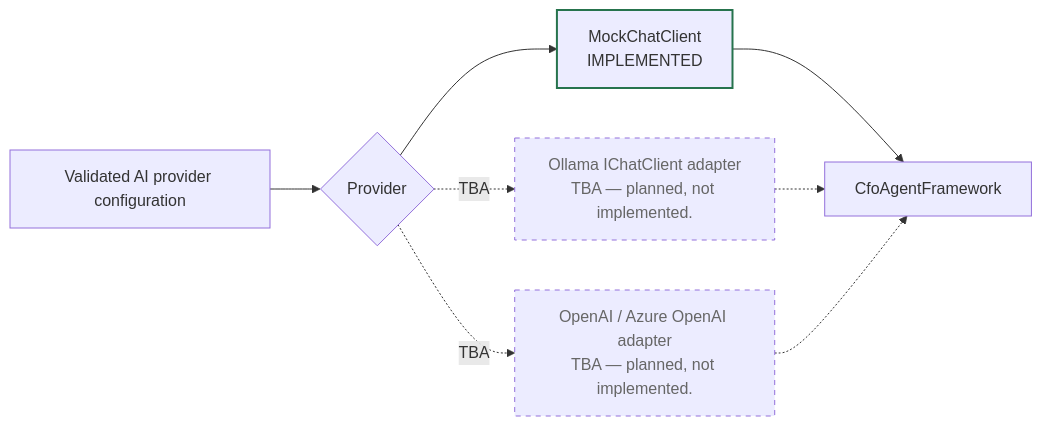
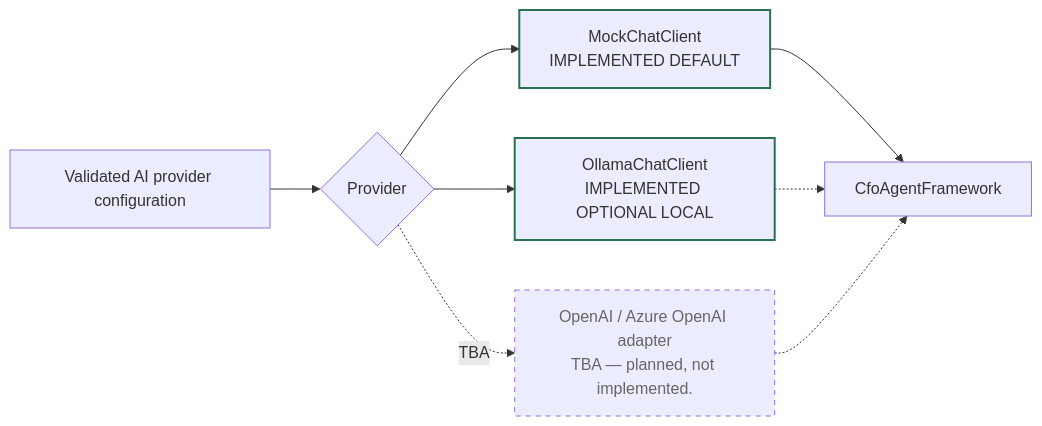
Diagram 14 of 14 in APPLICATION_ARCHITECTURE.md (prabodharandima/ai_agent_cfo), drawn with Mermaid before and after one commit. The commit also changed other lines of this file and 23 other files, not shown here.

````diff
--- a/APPLICATION_ARCHITECTURE.md
+++ b/APPLICATION_ARCHITECTURE.md
@@ -961,15 +965,15 @@
 ```mermaid
 flowchart LR
     CONFIG["Validated AI provider configuration"] --> SELECT{"Provider"}
-    SELECT --> MOCK["MockChatClient<br/>IMPLEMENTED"]
-    SELECT -. "TBA" .-> OLLAMA["Ollama IChatClient adapter<br/>TBA — planned, not implemented."]
+    SELECT --> MOCK["MockChatClient<br/>IMPLEMENTED DEFAULT"]
+    SELECT --> OLLAMA["OllamaChatClient<br/>IMPLEMENTED OPTIONAL LOCAL"]
     SELECT -. "TBA" .-> OPENAI["OpenAI / Azure OpenAI adapter<br/>TBA — planned, not implemented."]
     MOCK --> FRAMEWORK["CfoAgentFramework"]
     OLLAMA -.-> FRAMEWORK
     OPENAI -.-> FRAMEWORK
 
     classDef implemented stroke:#26734d,stroke-width:2px;
     classDef future stroke-dasharray: 5 5,color:#666;
-    class MOCK implemented;
-    class OLLAMA,OPENAI future;
+    class MOCK,OLLAMA implemented;
+    class OPENAI future;
 ```
````
